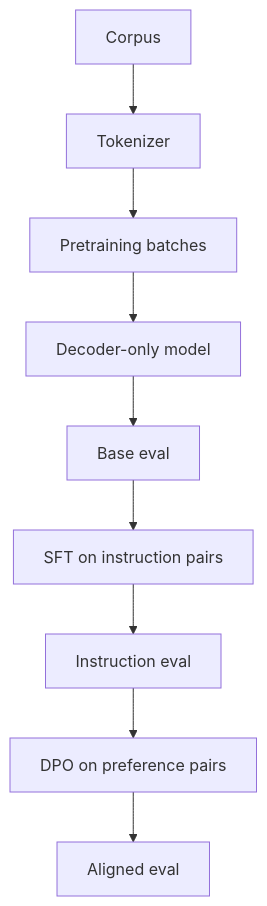
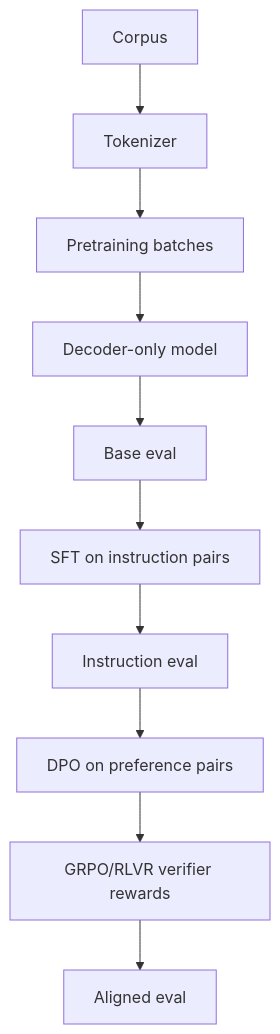
Before and after one commit to coder-raj369/AI_Portfolio: the diagram in flagship-projects/01-nanolm-full-pipeline/README.md, drawn with Mermaid. The commit also changed other lines of this file and 8 other files, not shown here.

First line of the commit message:
feat(alignment): add verifier-driven GRPO training

````diff
--- a/flagship-projects/01-nanolm-full-pipeline/README.md
+++ b/flagship-projects/01-nanolm-full-pipeline/README.md
@@ -21,11 +22,12 @@
 ```mermaid
 flowchart TD
     A[Corpus] --> B[Tokenizer]
     B --> C[Pretraining batches]
     C --> D[Decoder-only model]
     D --> E[Base eval]
     E --> F[SFT on instruction pairs]
     F --> G[Instruction eval]
     G --> H[DPO on preference pairs]
-    H --> I[Aligned eval]
+    H --> I[GRPO/RLVR verifier rewards]
+    I --> J[Aligned eval]
 ```
````
